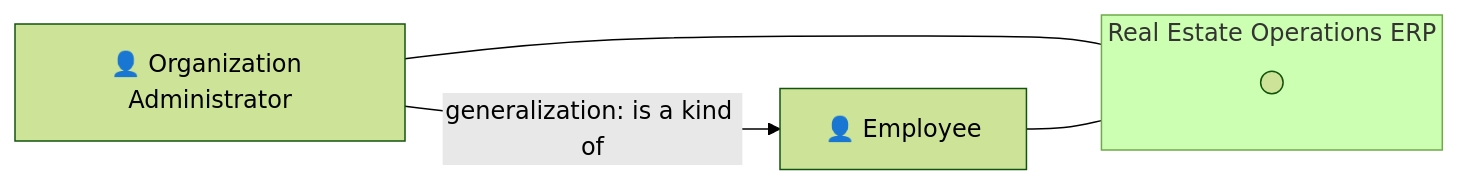
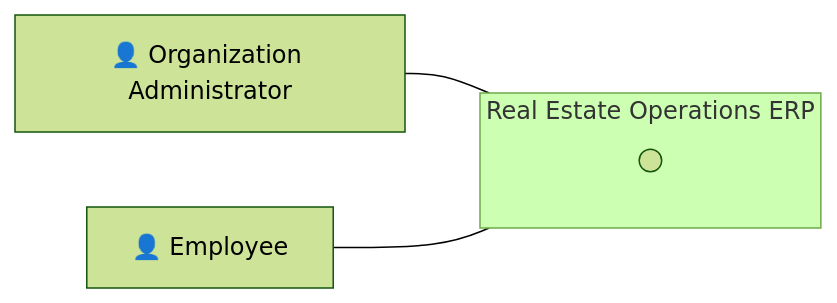
Before and after one commit to hamzAmbarki2/ERP: the first of 3 diagrams in docs/phase-1/model/01-uml-diagrams.md, drawn with Mermaid (forest theme). The commit also changed other lines of this file, not shown here.

First line of the commit message:
Use case diagram: actors separate; add branches

````diff
--- a/docs/phase-1/model/01-uml-diagrams.md
+++ b/docs/phase-1/model/01-uml-diagrams.md
@@ -32,14 +32,13 @@
 ``` mermaid
 flowchart LR
     AD["👤 Organization Administrator"]
     EM["👤 Employee"]
 
     subgraph ERP["Real Estate Operations ERP"]
         direction TB
         X(( ))
     end
 
     AD --- ERP
     EM --- ERP
-    AD -->|"generalization: is a kind of"| EM
 ```
````
